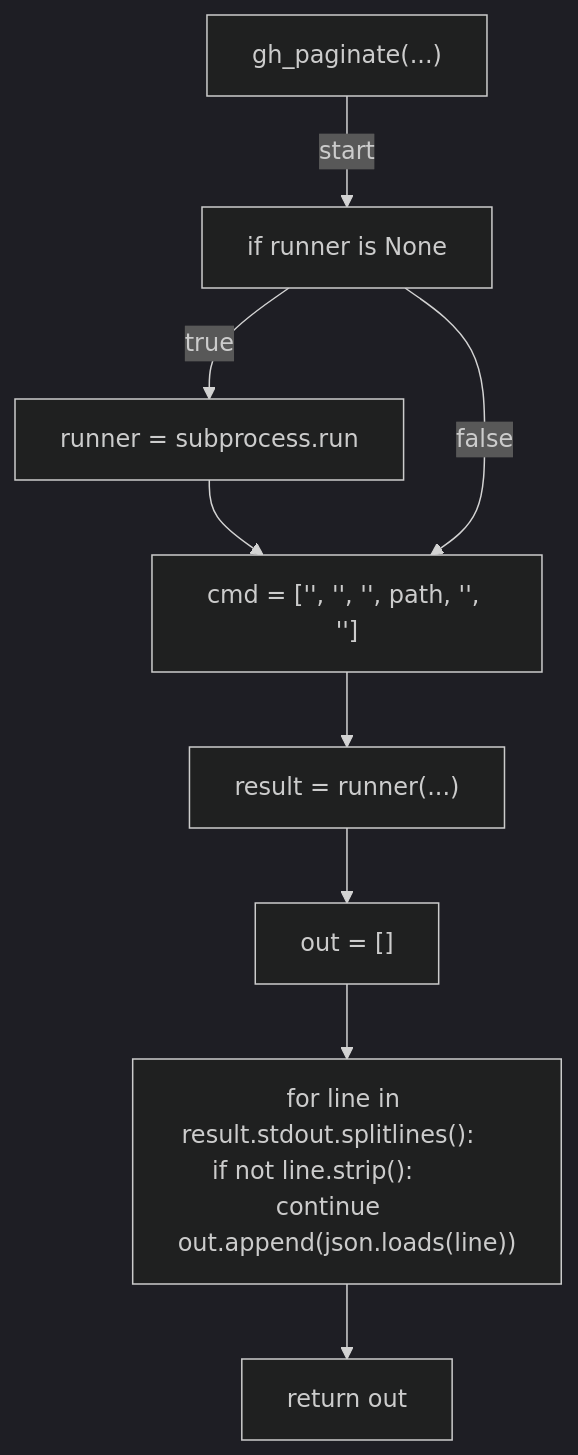
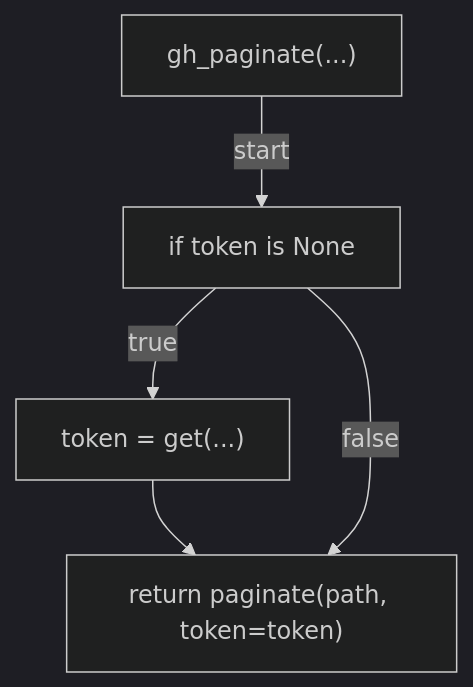
One commit to tvna/claude-md changed diagram 11 of 15 in docs/generated/scripts/ast/backup_non_ascii.md. Above: the diagram before and after it, drawn with Mermaid (dark theme). The commit also changed 15 other files, not shown here.

First line of the commit message:
docs(generated): regenerate decision tree and workflow diagrams

````diff
--- a/docs/generated/scripts/ast/backup_non_ascii.md
+++ b/docs/generated/scripts/ast/backup_non_ascii.md
@@ -125,19 +125,11 @@
 ```mermaid
 flowchart TD
     N001["gh_paginate(...)"]
-    N002["if runner is None"]
-    N003["runner = subprocess.run"]
-    N004["cmd = ['<str>', '<str>', '<str>', path, '<str>', '<str>']"]
-    N005["result = runner(...)"]
-    N006["out = []"]
-    N007["for line in result.stdout.splitlines():     if not line.strip():         continue     out.append(json.loads(line))"]
-    N008["return out"]
+    N002["if token is None"]
+    N003["token = get(...)"]
+    N004["return paginate(path, token=token)"]
     N001 -->|"start"| N002
     N002 -->|"true"| N003
     N003 --> N004
     N002 -->|"false"| N004
-    N004 --> N005
-    N005 --> N006
-    N006 --> N007
-    N007 --> N008
 ```
````
